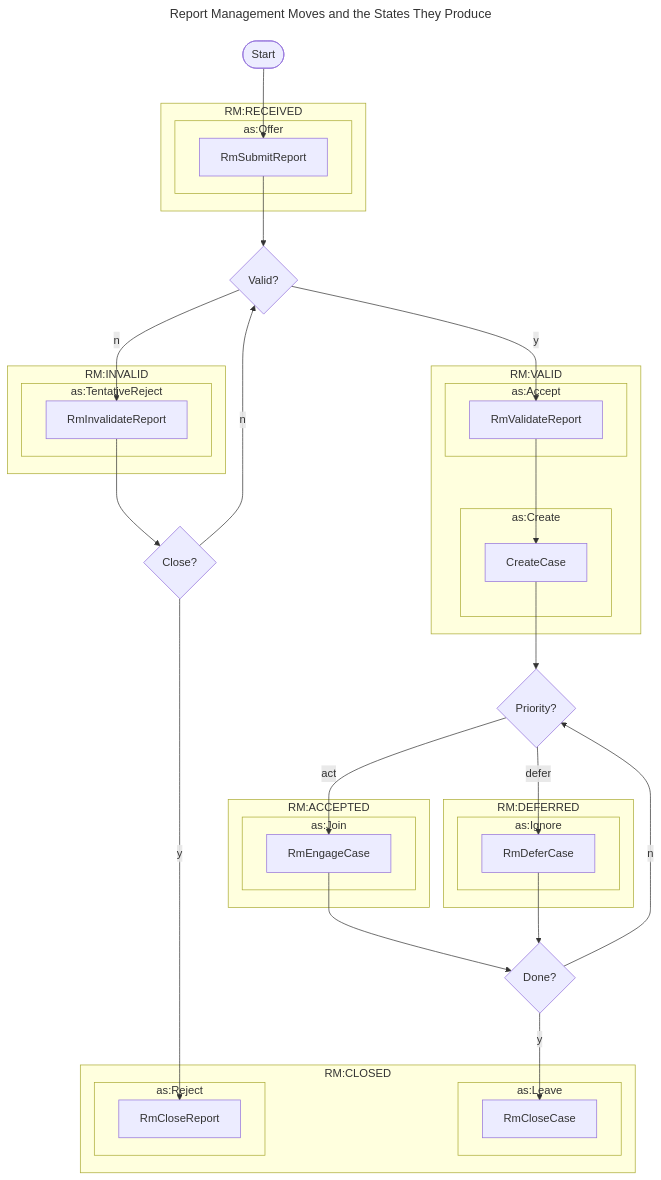
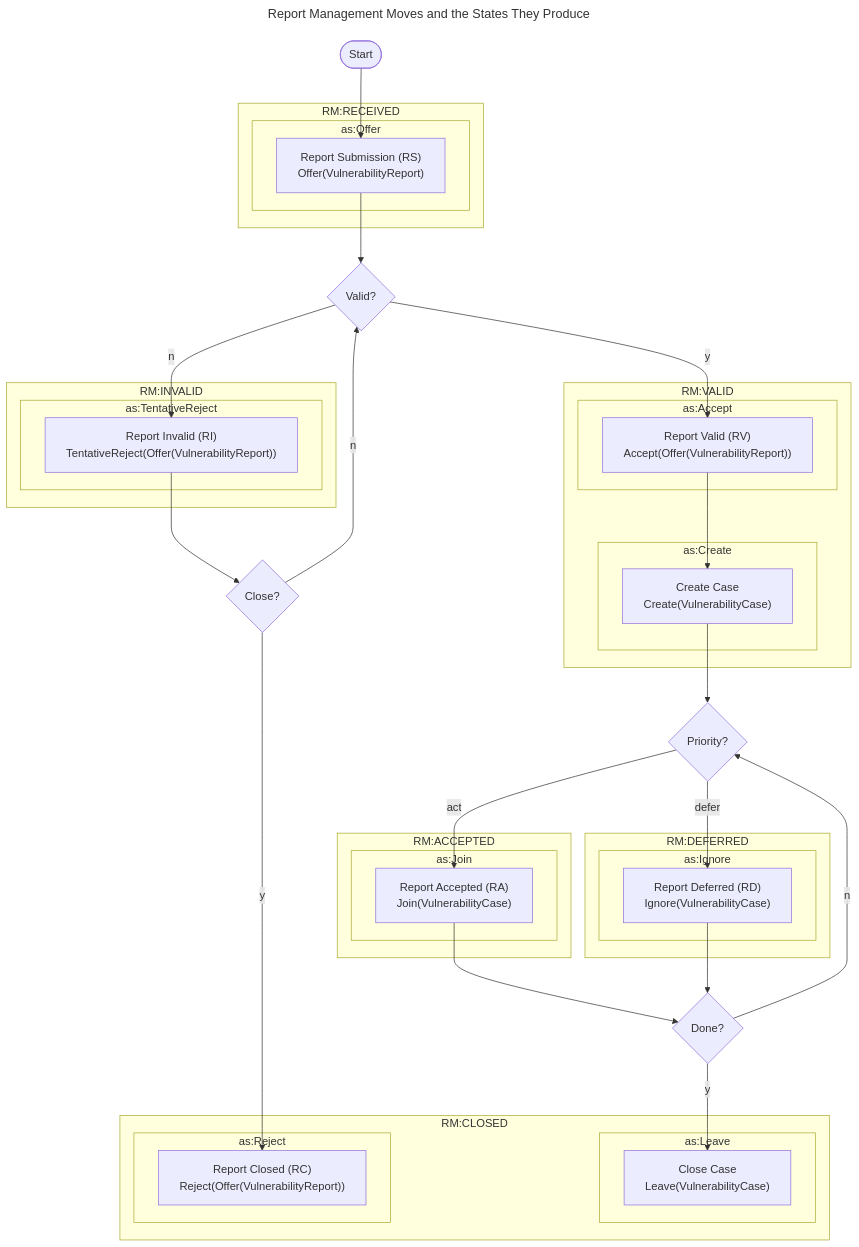
The diagram in docs/howto/activitypub/activities/manage_case.md (CERTCC/Vultron), drawn with Mermaid before and after one commit. The commit also changed other lines of this file and 21 other files, not shown here.

````diff
--- a/docs/howto/activitypub/activities/manage_case.md
+++ b/docs/howto/activitypub/activities/manage_case.md
@@ -26,63 +25,63 @@
 ```mermaid
 ---
 title: Report Management Moves and the States They Produce
 ---
 flowchart TB
     subgraph RM:RECEIVED
         subgraph as:Offer
-            RmSubmitReport
+            RmSubmitReport["Report Submission (RS)<br/>Offer(VulnerabilityReport)"]
         end
     end
     subgraph RM:VALID
         subgraph as:Accept
-            RmValidateReport
+            RmValidateReport["Report Valid (RV)<br/>Accept(Offer(VulnerabilityReport))"]
         end
         subgraph as:Create
-            CreateCase
+            CreateCase["Create Case<br/>Create(VulnerabilityCase)"]
         end
     end
     subgraph RM:INVALID
         subgraph as:TentativeReject
-            RmInvalidateReport
+            RmInvalidateReport["Report Invalid (RI)<br/>TentativeReject(Offer(VulnerabilityReport))"]
         end
     end
     subgraph RM:ACCEPTED
         subgraph as:Join
-            RmEngageCase
+            RmEngageCase["Report Accepted (RA)<br/>Join(VulnerabilityCase)"]
         end
     end
     subgraph RM:DEFERRED
         subgraph as:Ignore
-            RmDeferCase
+            RmDeferCase["Report Deferred (RD)<br/>Ignore(VulnerabilityCase)"]
         end
     end
     subgraph RM:CLOSED
         subgraph as:Leave
-            RmCloseCase
+            RmCloseCase["Close Case<br/>Leave(VulnerabilityCase)"]
         end
         subgraph as:Reject
-            RmCloseReport
+            RmCloseReport["Report Closed (RC)<br/>Reject(Offer(VulnerabilityReport))"]
         end
     end
 
     d{Done?}
     c{Close?}
     p{Priority?}
     v{Valid?}
     start([Start])
     start --> RmSubmitReport
     RmSubmitReport --> v
     v -->|y| RmValidateReport
     v -->|n| RmInvalidateReport
     RmInvalidateReport --> c
     c -->|y| RmCloseReport
     RmValidateReport --> CreateCase
     CreateCase --> p
     p -->|act| RmEngageCase
     d -->|n| p
     p -->|defer| RmDeferCase
     RmEngageCase --> d
     RmDeferCase --> d
     c -->|n| v
     d -->|y| RmCloseCase
 ```
````
